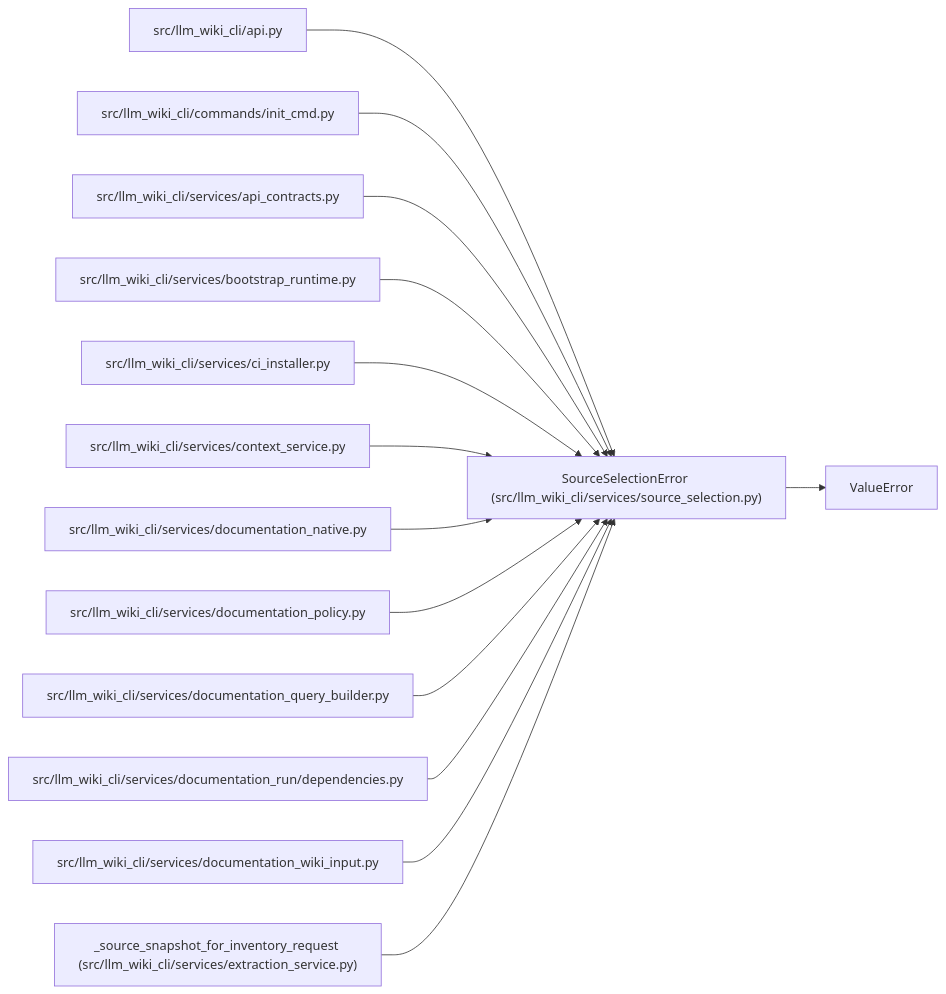
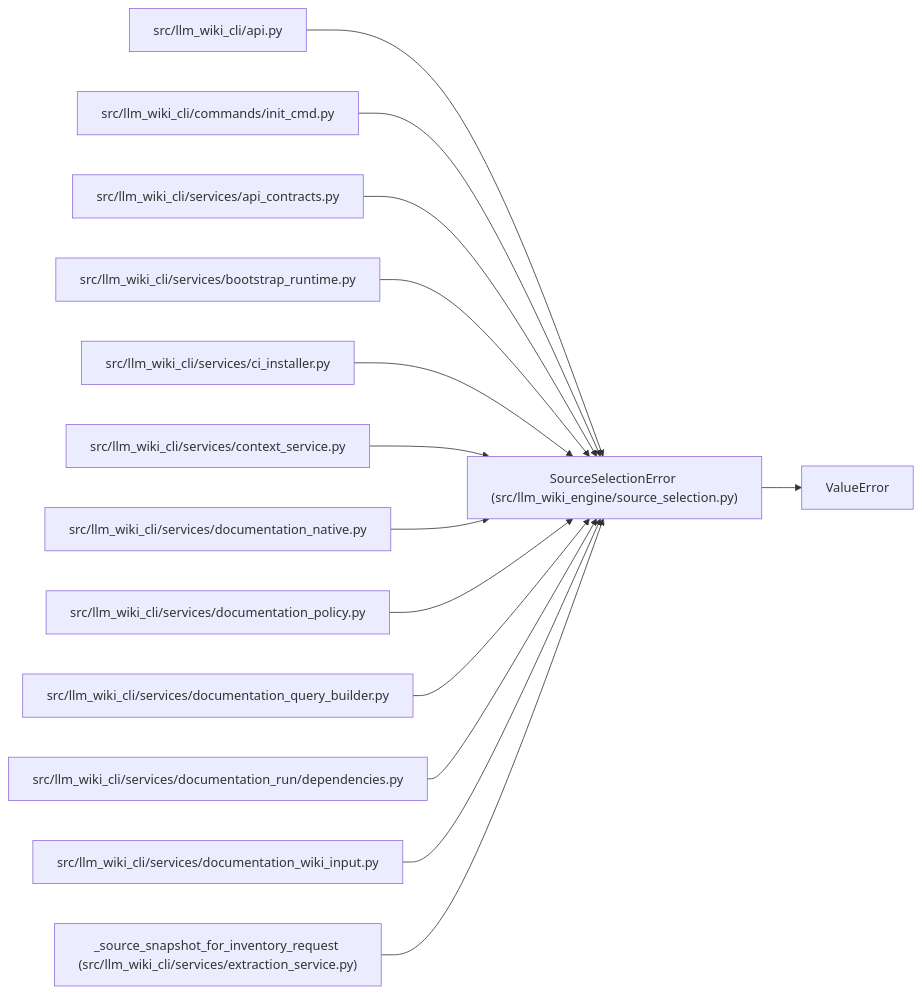
The diagram in docs/llm_wiki/entities/SourceSelectionError.md (Denissvgn/python-wiki-llm), drawn with Mermaid before and after one commit. The commit also changed other lines of this file and 739 other files, not shown here.

First line of the commit message:
docs: refresh the wiki for the second engine batch

````diff
--- a/docs/llm_wiki/entities/SourceSelectionError.md
+++ b/docs/llm_wiki/entities/SourceSelectionError.md
@@ -25,43 +25,43 @@
 ```mermaid
 flowchart LR
-    n0["SourceSelectionError (src/llm_wiki_cli/services/source_selection.py)"]
+    n0["SourceSelectionError (src/llm_wiki_engine/source_selection.py)"]
     n1["ValueError"]
     n2["src/llm_wiki_cli/api.py"]
     n3["src/llm_wiki_cli/commands/init_cmd.py"]
     n4["src/llm_wiki_cli/services/api_contracts.py"]
     n5["src/llm_wiki_cli/services/bootstrap_runtime.py"]
     n6["src/llm_wiki_cli/services/ci_installer.py"]
     n7["src/llm_wiki_cli/services/context_service.py"]
     n8["src/llm_wiki_cli/services/documentation_native.py"]
     n9["src/llm_wiki_cli/services/documentation_policy.py"]
     n10["src/llm_wiki_cli/services/documentation_query_builder.py"]
     n11["src/llm_wiki_cli/services/documentation_run/dependencies.py"]
     n12["src/llm_wiki_cli/services/documentation_wiki_input.py"]
     n13["_source_snapshot_for_inventory_request (src/llm_wiki_cli/services/extraction_service.py)"]
     n0 --> n1
     n2 --> n0
     n3 --> n0
     n4 --> n0
     n5 --> n0
     n6 --> n0
     n7 --> n0
     n8 --> n0
     n9 --> n0
     n10 --> n0
     n11 --> n0
     n12 --> n0
     n13 --> n0
     click n0 "../modules/source_selection.md"
     click n2 "../modules/api.md"
     click n3 "../modules/init_cmd.md"
     click n4 "../modules/api_contracts.md"
     click n5 "../modules/bootstrap_runtime.md"
     click n6 "../modules/ci_installer.md"
     click n7 "../modules/context_service.md"
     click n8 "../modules/documentation_native.md"
     click n9 "../modules/documentation_policy.md"
     click n10 "../modules/documentation_query_builder.md"
     click n11 "../modules/documentation_run_dependencies.md"
     click n12 "../modules/documentation_wiki_input.md"
     click n13 "../modules/extraction_service.md"
 ```
````
